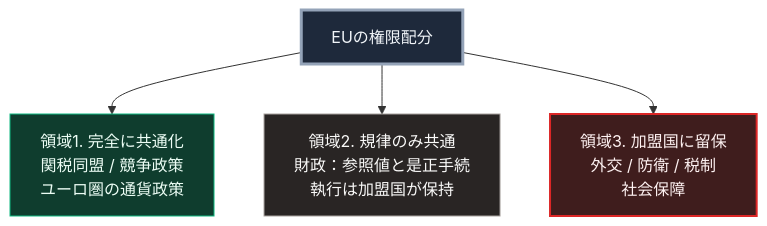
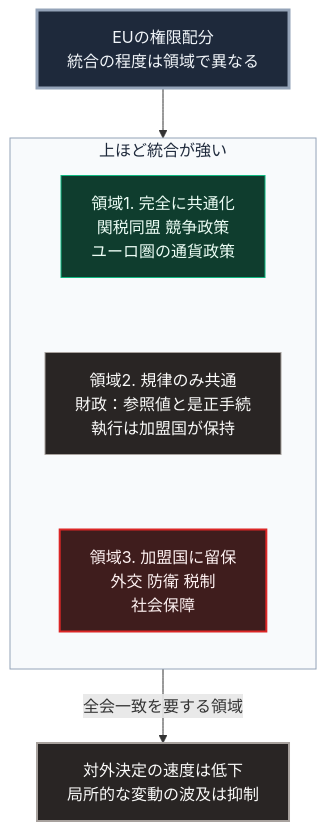
The diagram in books/sovereign-resilience-blueprint/eu-current-state.md (Takenori-Kusaka/zenn-content), drawn with Mermaid before and after one commit. The commit also changed other lines of this file and 114 other files, not shown here.

````diff
--- a/books/sovereign-resilience-blueprint/eu-current-state.md
+++ b/books/sovereign-resilience-blueprint/eu-current-state.md
@@ -51,13 +51,18 @@
 ```mermaid
 flowchart TD
-    E[EUの権限配分]
-
-    E --> A[領域1. 完全に共通化<br>関税同盟 / 競争政策<br>ユーロ圏の通貨政策]
-    E --> B[領域2. 規律のみ共通<br>財政：参照値と是正手続<br>執行は加盟国が保持]
-    E --> C[領域3. 加盟国に留保<br>外交 / 防衛 / 税制<br>社会保障]
+    E[EUの権限配分<br>統合の程度は領域で異なる]
+    subgraph G[上ほど統合が強い]
+        direction TB
+        A[領域1. 完全に共通化<br>関税同盟 競争政策<br>ユーロ圏の通貨政策] ~~~ B[領域2. 規律のみ共通<br>財政：参照値と是正手続<br>執行は加盟国が保持]
+        B ~~~ C[領域3. 加盟国に留保<br>外交 防衛 税制<br>社会保障]
+    end
+    E --> G
+    C -->|全会一致を要する領域| X[対外決定の速度は低下<br>局所的な変動の波及は抑制]
 
     style E fill:#1e293b,stroke:#94a3b8,stroke-width:3px,color:#f1f5f9
     style A fill:#0f3d2e,stroke:#10b981,color:#ecfdf5
     style B fill:#292524,stroke:#a8a29e,color:#fafaf9
     style C fill:#3f1d1d,stroke:#dc2626,stroke-width:2px,color:#fef2f2
+    style X fill:#292524,stroke:#a8a29e,stroke-width:2px,color:#fafaf9
+    style G fill:#f8fafc,stroke:#94a3b8,color:#1e293b
 ```
````
